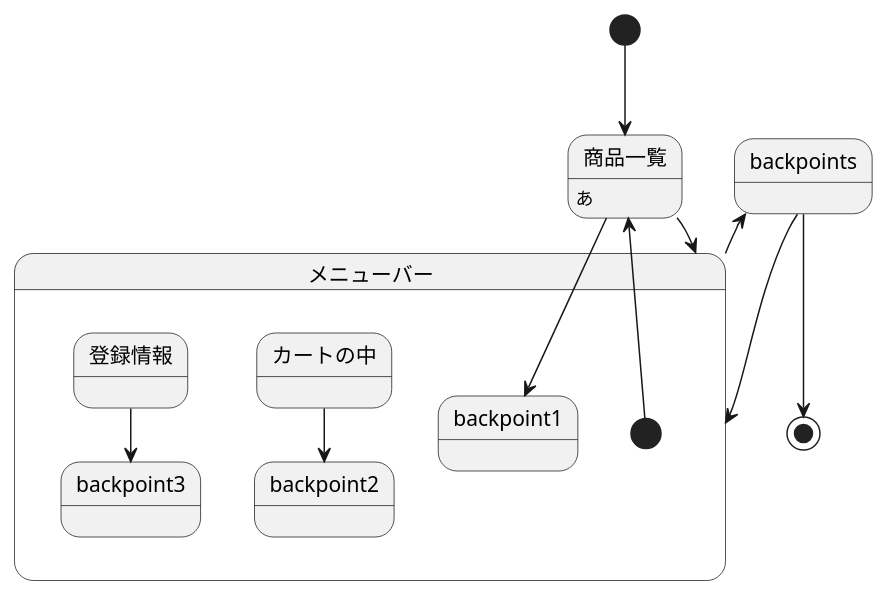
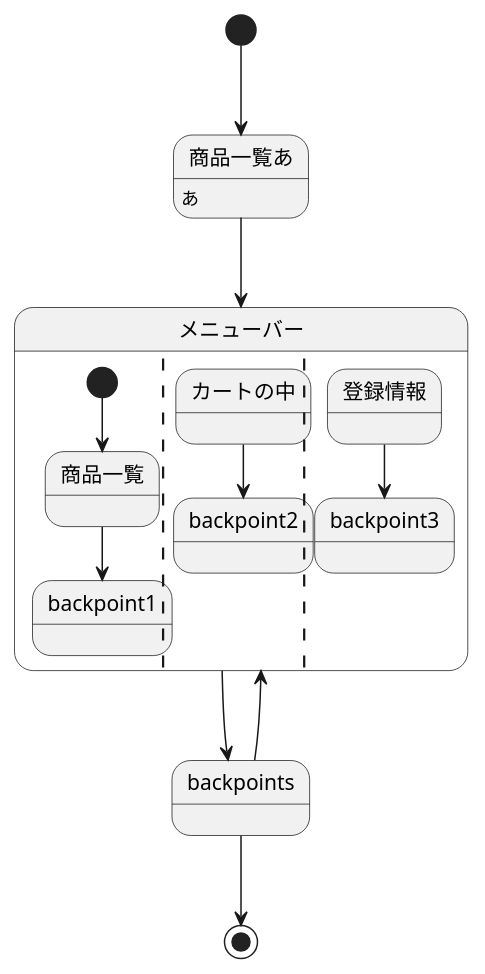
The diagram in sample/StateMachine.md (Aso2001385/2021sys-design), drawn with PlantUML before and after one commit.

````diff
--- a/sample/StateMachine.md
+++ b/sample/StateMachine.md
@@ -1,20 +1,20 @@
 ```uml
 @startuml
 
-[*] --> 商品一覧
-商品一覧: あ
-商品一覧 --> メニューバー
+[*] --> 商品一覧あ
+商品一覧あ: あ
+商品一覧あ --> メニューバー
 state メニューバー {
  [*] --> 商品一覧
  商品一覧 --> backpoint1
  ||
  カートの中 --> backpoint2
  ||
  登録情報 --> backpoint3
 }
 メニューバー --> backpoints
 backpoints --> メニューバー
 backpoints --> [*]
 
 @enduml
 ```
````
